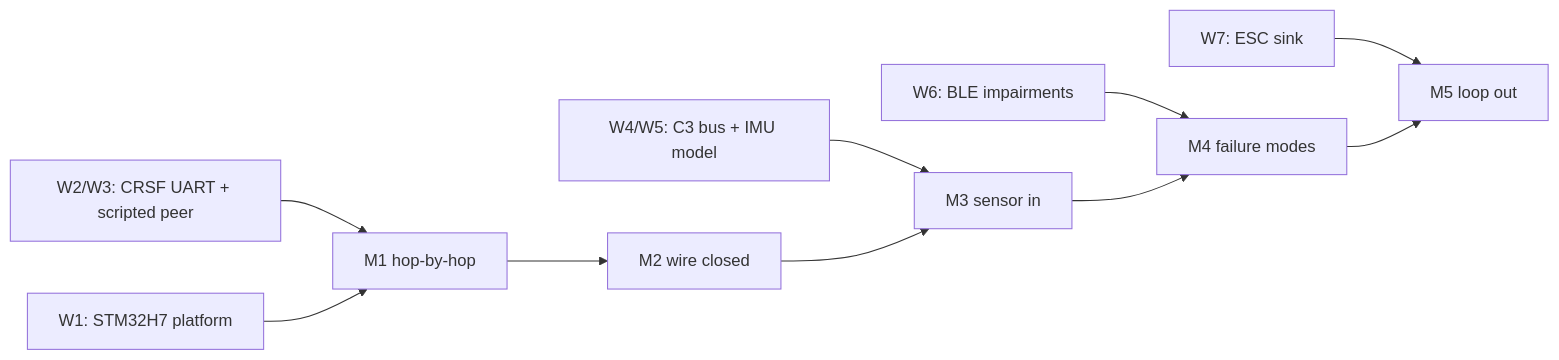
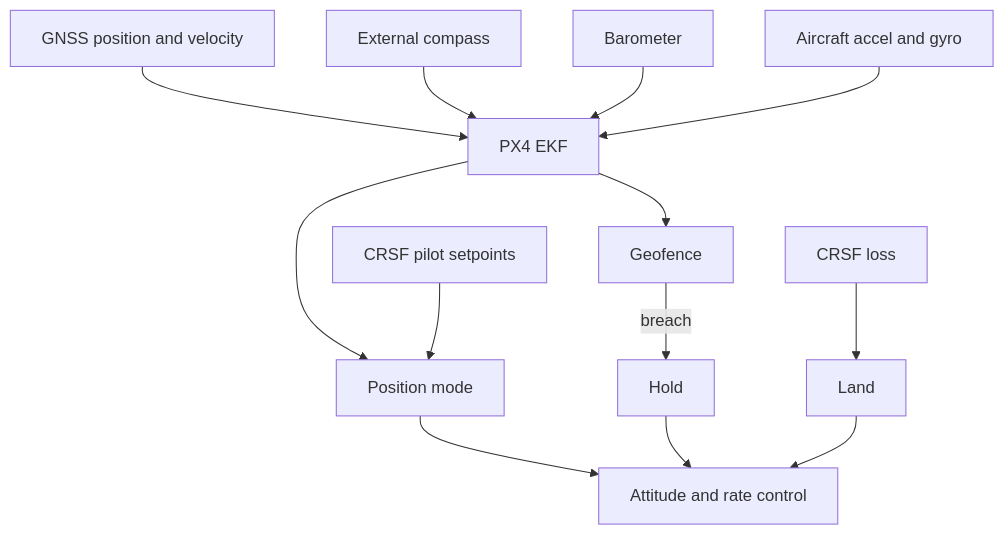
The second of 3 diagrams in docs/architecture.md (Samiurr10/gesture-controlled-drone), drawn with Mermaid before and after one commit. The commit also changed other lines of this file and 9 other files, not shown here.

Commit message:
Document direct H7 BLE flight architecture

````diff
--- a/docs/architecture.md
+++ b/docs/architecture.md
@@ -147,12 +57,15 @@
 ```mermaid
-flowchart LR
-    W2W3[W2/W3: CRSF UART + scripted peer] --> M1[M1 hop-by-hop]
-    W1[W1: STM32H7 platform] --> M1
-    M1 --> M2[M2 wire closed]
-    W4W5[W4/W5: C3 bus + IMU model] --> M3[M3 sensor in]
-    M2 --> M3
-    W6[W6: BLE impairments] --> M4[M4 failure modes]
-    M3 --> M4
-    W7[W7: ESC sink] --> M5[M5 loop out]
-    M4 --> M5
+flowchart TB
+    gnss[GNSS position and velocity] --> ekf[PX4 EKF]
+    compass[External compass] --> ekf
+    baro[Barometer] --> ekf
+    aircraftImu[Aircraft accel and gyro] --> ekf
+    ekf --> position[Position mode]
+    ekf --> fence[Geofence]
+    controls[CRSF pilot setpoints] --> position
+    position --> controller[Attitude and rate control]
+    fence -->|breach| hold[Hold]
+    loss[CRSF loss] --> land[Land]
+    hold --> controller
+    land --> controller
 ```
````
